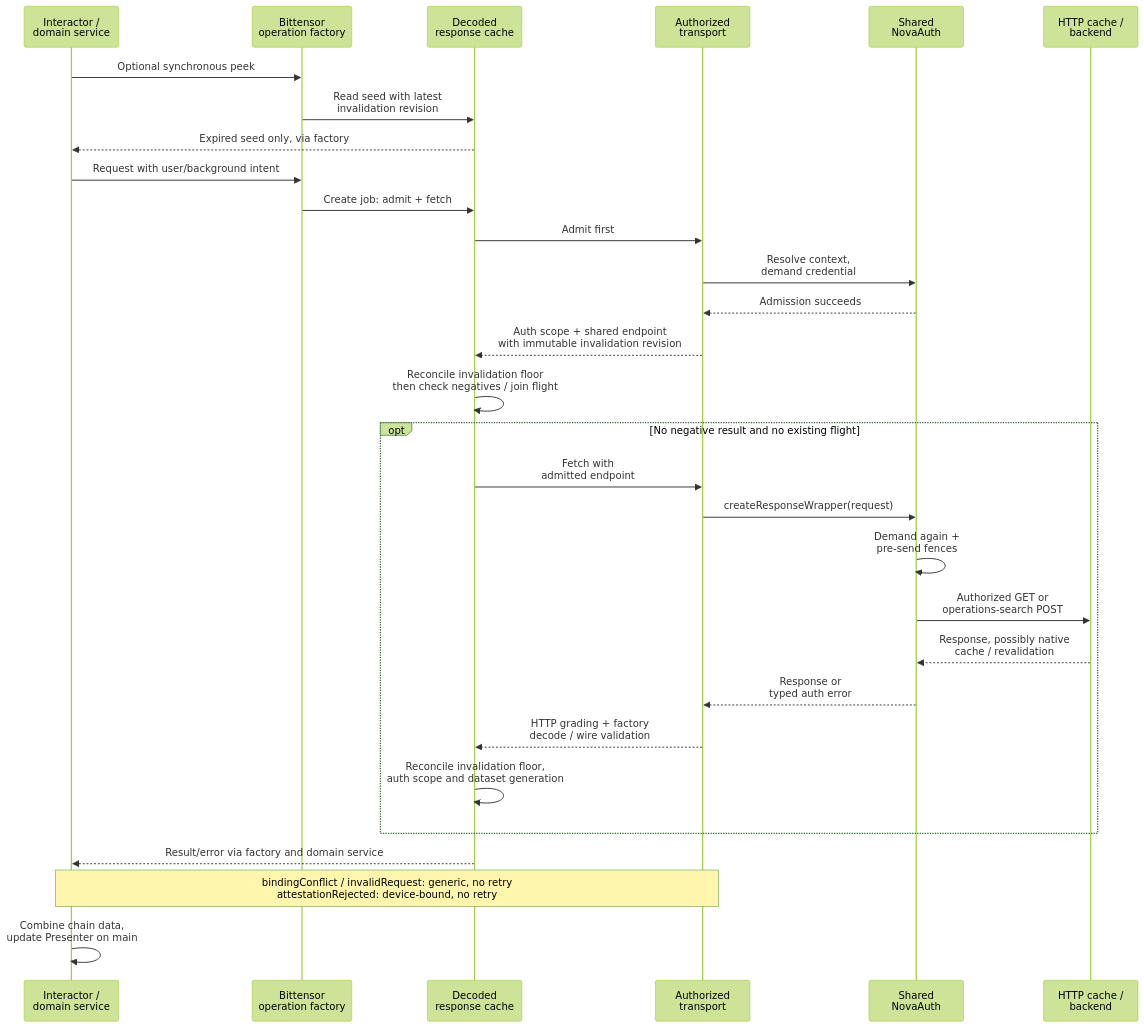
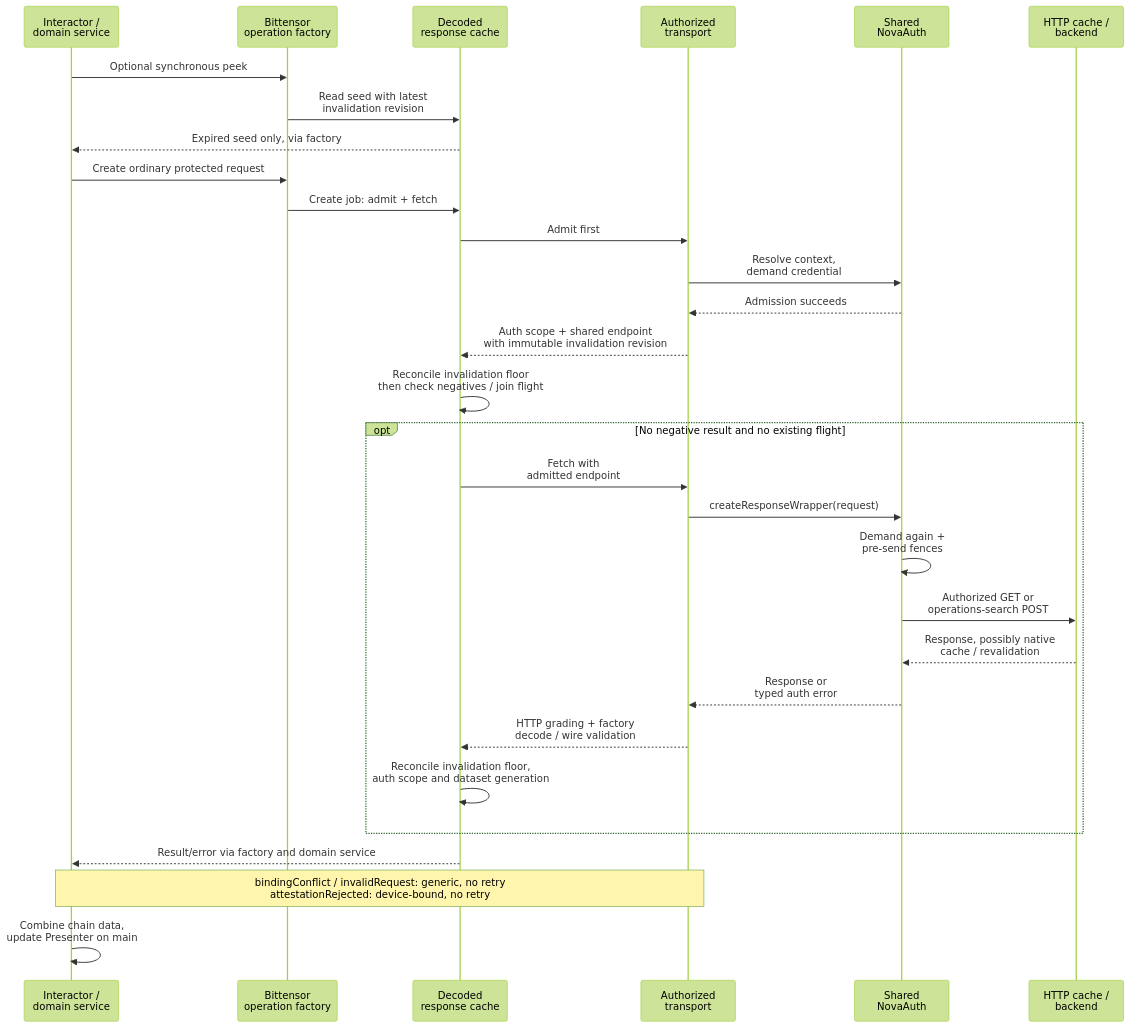
Before and after one commit to novasamatech/nova-wallet-ios: the eighth of 9 diagrams in .claude/docs/architecture/novaauth-client-diagrams.md, drawn with Mermaid (forest theme). The commit also changed other lines of this file and 75 other files, not shown here.

````diff
--- a/.claude/docs/architecture/novaauth-client-diagrams.md
+++ b/.claude/docs/architecture/novaauth-client-diagrams.md
@@ -345,32 +284,32 @@
 ```mermaid
 sequenceDiagram
   participant UI as Interactor /<br/>domain service
   participant F as Bittensor<br/>operation factory
   participant C as Decoded<br/>response cache
   participant T as Authorized<br/>transport
   participant N as Shared<br/>NovaAuth
   participant H as HTTP cache /<br/>backend
   UI->>F: Optional synchronous peek
   F->>C: Read seed with latest<br/>invalidation revision
   C-->>UI: Expired seed only, via factory
-  UI->>F: Request with user/background intent
+  UI->>F: Create ordinary protected request
   F->>C: Create job: admit + fetch
   C->>T: Admit first
   T->>N: Resolve context,<br/>demand credential
   N-->>T: Admission succeeds
   T-->>C: Auth scope + shared endpoint<br/>with immutable invalidation revision
   C->>C: Reconcile invalidation floor<br/>then check negatives / join flight
   opt No negative result and no existing flight
     C->>T: Fetch with<br/>admitted endpoint
     T->>N: createResponseWrapper(request)
     N->>N: Demand again +<br/>pre-send fences
     N->>H: Authorized GET or<br/>operations-search POST
     H-->>N: Response, possibly native<br/>cache / revalidation
     N-->>T: Response or<br/>typed auth error
     T-->>C: HTTP grading + factory<br/>decode / wire validation
     C->>C: Reconcile invalidation floor,<br/>auth scope and dataset generation
   end
   C-->>UI: Result/error via factory and domain service
   Note over T,UI: bindingConflict / invalidRequest: generic, no retry<br/>attestationRejected: device-bound, no retry
   UI->>UI: Combine chain data,<br/>update Presenter on main
 ```
````
